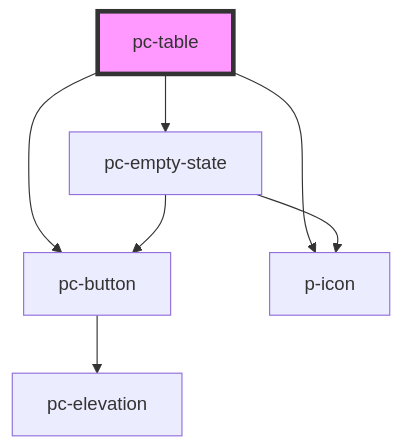
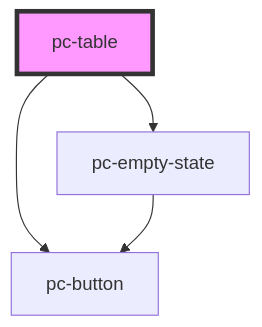
Before and after one commit to redvars/peacock: the diagram in src/components/table/readme.md, drawn with Mermaid. The commit also changed other lines of this file and 135 other files, not shown here.

````diff
--- a/src/components/table/readme.md
+++ b/src/components/table/readme.md
@@ -49,10 +48,7 @@
 ```mermaid
 graph TD;
   pc-table --> pc-button
-  pc-table --> p-icon
   pc-table --> pc-empty-state
-  pc-button --> pc-elevation
-  pc-empty-state --> p-icon
   pc-empty-state --> pc-button
   style pc-table fill:#f9f,stroke:#333,stroke-width:4px
 ```
````
